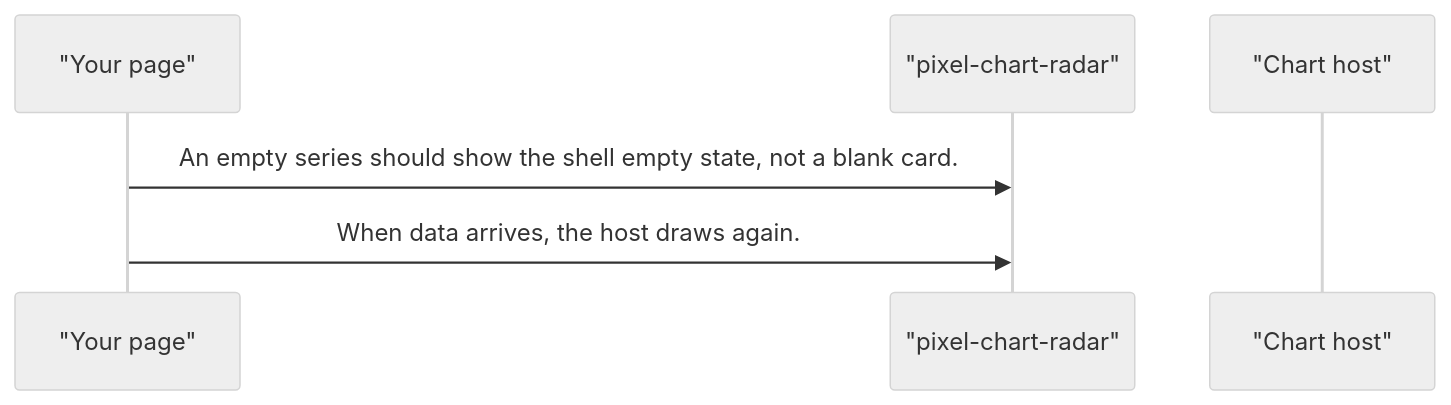
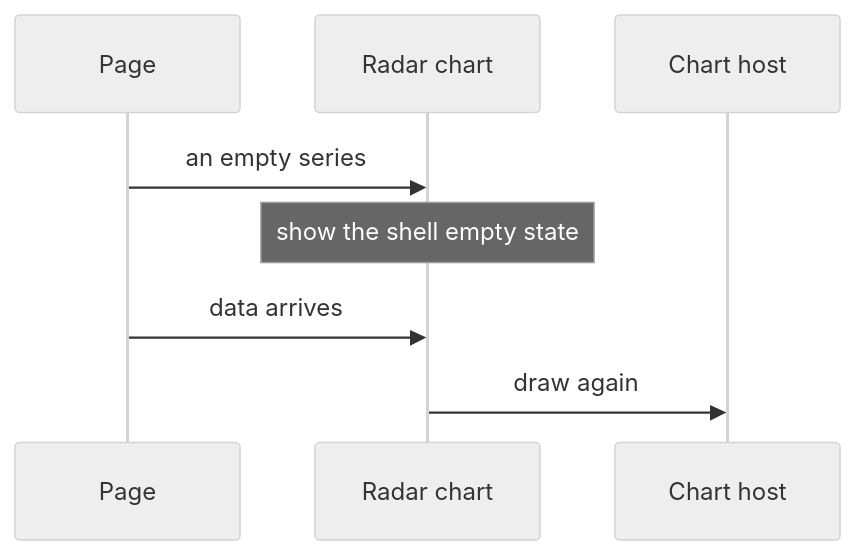
Before and after one commit to RajshekharBorate/pixel-ui: the third of 4 diagrams in projects/pixel-ui/src/lib/pixel-chart-radar/DESIGN.md, drawn with Mermaid (neutral theme). The commit also changed other lines of this file and 73 other files, not shown here.

Commit message:
Explain who owns each value and what each flow does in every component and service design.

````diff
--- a/projects/pixel-ui/src/lib/pixel-chart-radar/DESIGN.md
+++ b/projects/pixel-ui/src/lib/pixel-chart-radar/DESIGN.md
@@ -63,8 +84,10 @@
 ```mermaid
 sequenceDiagram
-  participant page as "Your page"
-  participant plot as "pixel-chart-radar"
-  participant host as "Chart host"
-  page->>plot: An empty series should show the shell empty state, not a blank card.
-  page->>plot: When data arrives, the host draws again.
+  participant Page
+  participant Plot as Radar chart
+  participant Host as Chart host
+  Page->>Plot: an empty series
+  Note over Plot: show the shell empty state
+  Page->>Plot: data arrives
+  Plot->>Host: draw again
 ```
````
